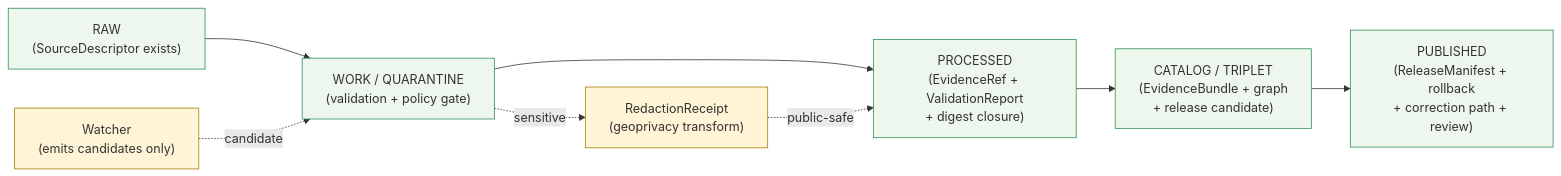
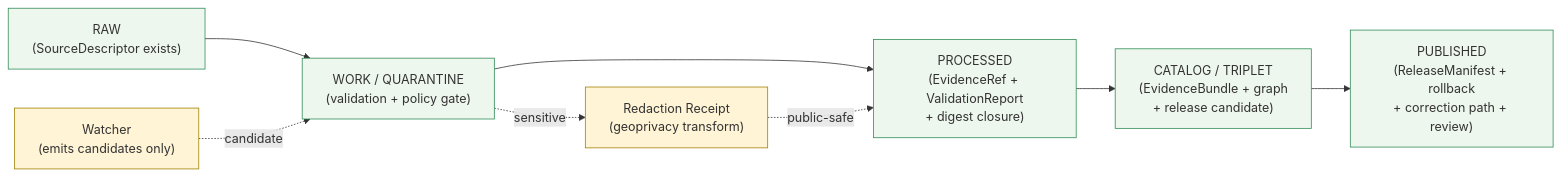
One commit to bartytime4life/Kansas-Frontier-Matrix changed the second of 2 diagrams in docs/domains/flora/CONTINUITY_INVENTORY.md. Above: the diagram before and after it, drawn with Mermaid. The commit also changed other lines of this file, not shown here.

````diff
--- a/docs/domains/flora/CONTINUITY_INVENTORY.md
+++ b/docs/domains/flora/CONTINUITY_INVENTORY.md
@@ -361,21 +386,21 @@
 ```mermaid
 flowchart LR
     RAW["RAW<br/>(SourceDescriptor exists)"]
     WORK["WORK / QUARANTINE<br/>(validation + policy gate)"]
     PROCESSED["PROCESSED<br/>(EvidenceRef + ValidationReport<br/>+ digest closure)"]
     CATALOG["CATALOG / TRIPLET<br/>(EvidenceBundle + graph<br/>+ release candidate)"]
     PUBLISHED["PUBLISHED<br/>(ReleaseManifest + rollback<br/>+ correction path + review)"]
 
     WATCH["Watcher<br/>(emits candidates only)"]
-    REDACT["RedactionReceipt<br/>(geoprivacy transform)"]
+    REDACT["Redaction Receipt<br/>(geoprivacy transform)"]
 
     RAW --> WORK --> PROCESSED --> CATALOG --> PUBLISHED
     WATCH -.candidate.-> WORK
     WORK -. sensitive .-> REDACT
     REDACT -.public-safe.-> PROCESSED
 
     classDef stage fill:#eef7ee,stroke:#2e8b57;
     classDef control fill:#fff4d6,stroke:#a08000;
     class RAW,WORK,PROCESSED,CATALOG,PUBLISHED stage;
     class WATCH,REDACT control;
 ```
````
